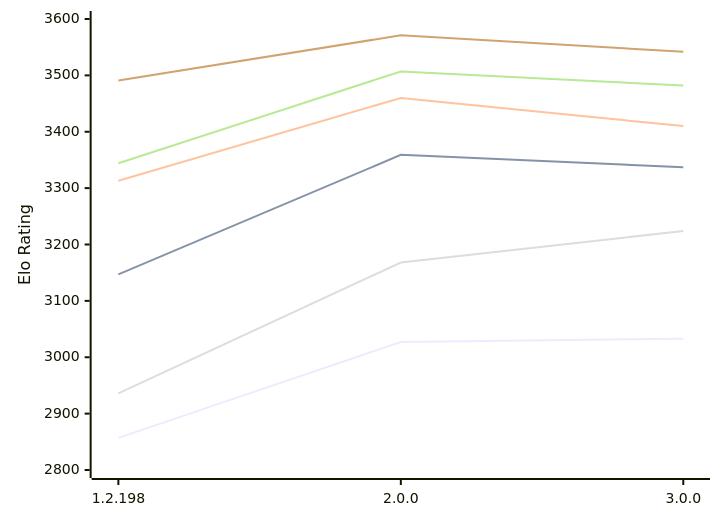
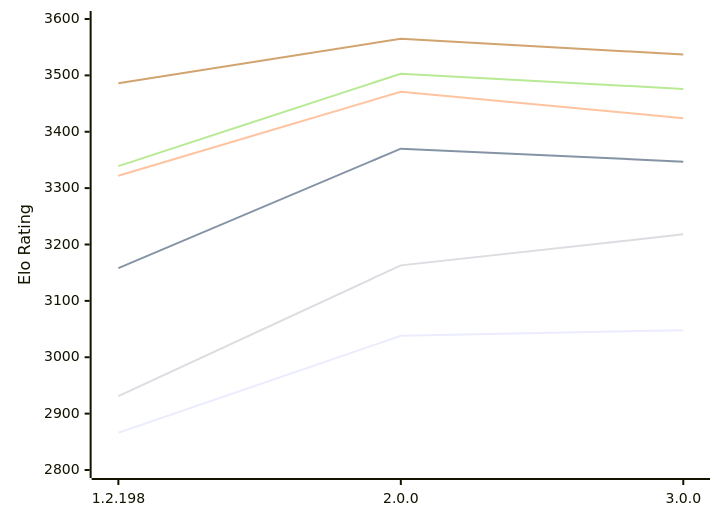
One commit to computer-chess-index/cci changed the diagram in engines/Zenith.md. Above: the diagram before and after it, drawn with Mermaid. The commit also changed other lines of this file, not shown here.

Commit message:
Update CCI Ratings (ELO VLTC) - 2026-11-06

````diff
--- a/engines/Zenith.md
+++ b/engines/Zenith.md
@@ -51,12 +51,12 @@
 ```mermaid
 %%{init: {"theme":"base","themeVariables":{"seriesColors:['#a3a3a3','#222221','#faa371']}}}%%
 xychart-beta
   x-axis ["1.2.198", "2.0.0", "3.0.0"]
   y-axis "Elo Rating" 2800 --> 3600
-  line "E1: STC (8.0+0.08s)" [2857, 3027, 3033]
-  line "E1: LTC (60.0+0.60s)" [3147, 3359, 3337]
-  line "E1: VLTC (2m24s+1.12s)" [3313, 3460, 3410]
-  line "P1: STC (8.0+0.08s)" [2936, 3168, 3224]
-  line "P1: LTC (60.0+0.60s)" [3344, 3507, 3482]
-  line "P1: VLTC (2m24s+1.12s)" [3491, 3571, 3542]
+  line "E1: STC (8.0+0.08s)" [2866, 3038, 3048]
+  line "E1: LTC (60.0+0.60s)" [3158, 3370, 3347]
+  line "E1: VLTC (2m24s+1.12s)" [3322, 3471, 3424]
+  line "P1: STC (8.0+0.08s)" [2931, 3163, 3218]
+  line "P1: LTC (60.0+0.60s)" [3339, 3503, 3476]
+  line "P1: VLTC (2m24s+1.12s)" [3486, 3565, 3537]
 ```
````
